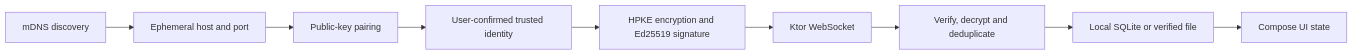
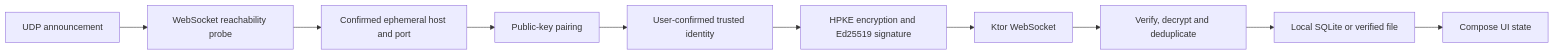
Before and after one commit to x2ink/subnetdrop: the diagram in docs/technical-principles/README.md, drawn with Mermaid. The commit also changed other lines of this file and 39 other files, not shown here.

````diff
--- a/docs/technical-principles/README.md
+++ b/docs/technical-principles/README.md
@@ -19,11 +19,12 @@
 ```mermaid
 flowchart LR
-    Discovery[mDNS discovery] --> Route[Ephemeral host and port]
+    Discovery[UDP announcement] --> Probe[WebSocket reachability probe]
+    Probe --> Route[Confirmed ephemeral host and port]
     Route --> Pairing[Public-key pairing]
     Pairing --> Trust[User-confirmed trusted identity]
     Trust --> Encrypt[HPKE encryption and Ed25519 signature]
     Encrypt --> Transport[Ktor WebSocket]
     Transport --> Verify[Verify, decrypt and deduplicate]
     Verify --> Store[Local SQLite or verified file]
     Store --> UI[Compose UI state]
 ```
````
